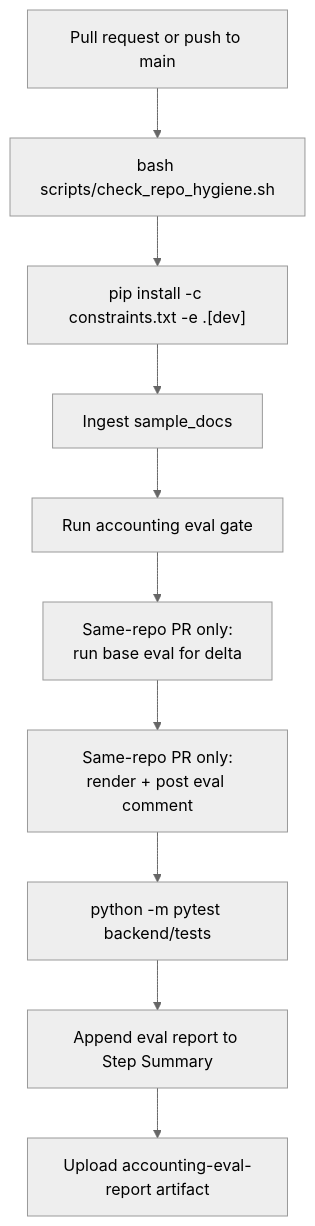
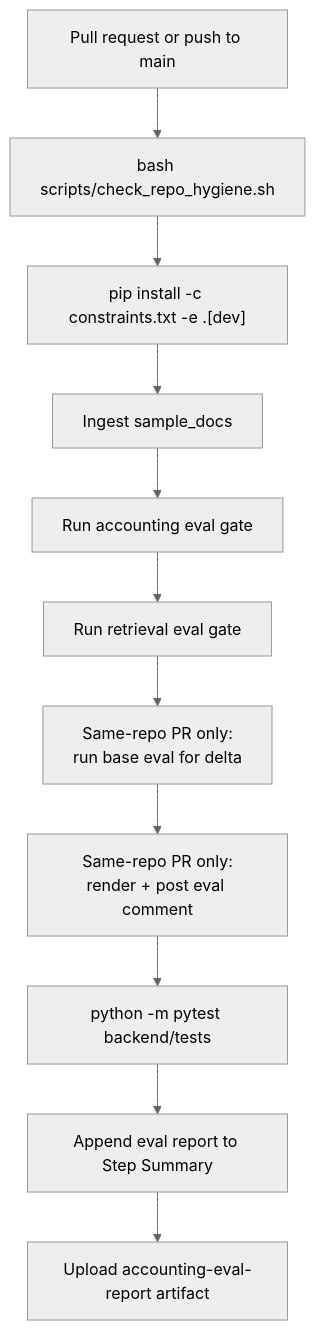
The diagram in docs/ci_eval_gate.md (JassonG-xt/Trust-RAG-Accounting), drawn with Mermaid (neutral theme) before and after one commit. The commit also changed other lines of this file and 41 other files, not shown here.

````diff
--- a/docs/ci_eval_gate.md
+++ b/docs/ci_eval_gate.md
@@ -7,12 +7,13 @@
 ```mermaid
 flowchart TD
     PR["Pull request or push to main"] --> HYGIENE["bash scripts/check_repo_hygiene.sh"]
     HYGIENE --> INSTALL["pip install -c constraints.txt -e .[dev]"]
     INSTALL --> INGEST["Ingest sample_docs"]
     INGEST --> EVAL["Run accounting eval gate"]
-    EVAL --> BASE["Same-repo PR only:<br/>run base eval for delta"]
+    EVAL --> RETRIEVAL["Run retrieval eval gate"]
+    RETRIEVAL --> BASE["Same-repo PR only:<br/>run base eval for delta"]
     BASE --> COMMENT["Same-repo PR only:<br/>render + post eval comment"]
     COMMENT --> PYTEST["python -m pytest backend/tests"]
     PYTEST --> SUMMARY["Append eval report to Step Summary"]
     SUMMARY --> ARTIFACT["Upload accounting-eval-report artifact"]
 ```
````
